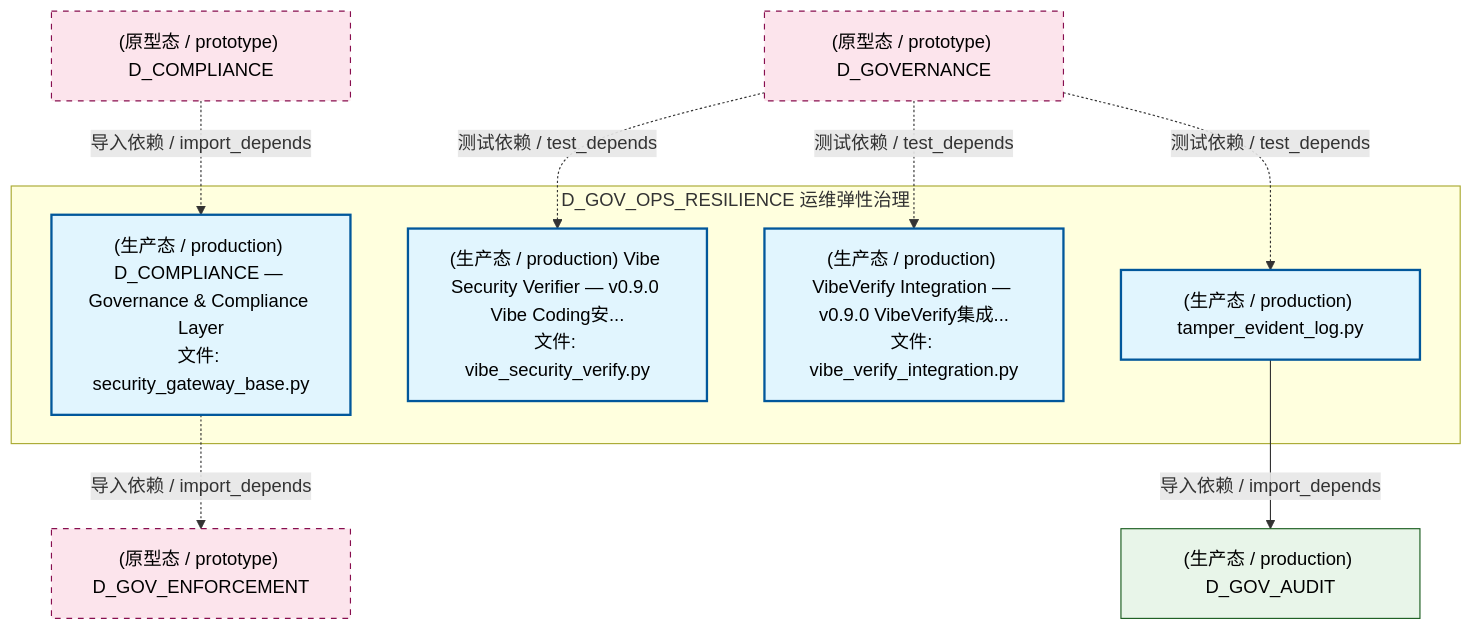
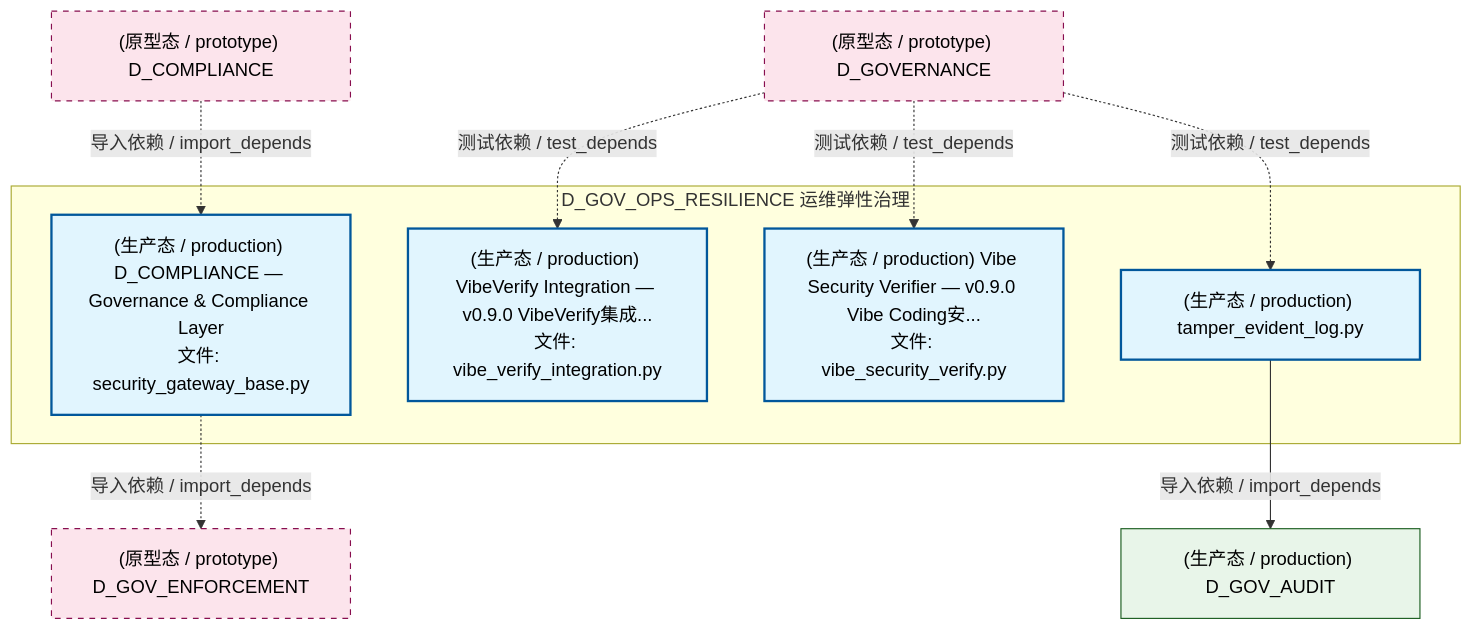
One commit to xuanFelixVan/ZephyrAlpha changed the fourth of 7 diagrams in docs/02_enterprise_architecture/02_domain_architecture_docs/17_d_gov_ops_resilience.md. Above: the diagram before and after it, drawn with Mermaid. The commit also changed other lines of this file and 126 other files, not shown here.

````diff
--- a/docs/02_enterprise_architecture/02_domain_architecture_docs/17_d_gov_ops_resilience.md
+++ b/docs/02_enterprise_architecture/02_domain_architecture_docs/17_d_gov_ops_resilience.md
@@ -434,26 +433,26 @@
 ```mermaid
 graph TD
     subgraph D_GOV_OPS_RESILIENCE["D_GOV_OPS_RESILIENCE 运维弹性治理"]
         src_zephyr_governance_security_governance_security_gateway_base_py["(生产态 / production) D_COMPLIANCE — Governance & Compliance Layer<br/>文件: security_gateway_base.py"]
         src_zephyr_governance_security_governance_tamper_evident_log_py["(生产态 / production) tamper_evident_log.py"]
         src_zephyr_governance_security_governance_vibe_security_verify_py["(生产态 / production) Vibe Security Verifier — v0.9.0 Vibe Coding安...<br/>文件: vibe_security_verify.py"]
         src_zephyr_governance_security_governance_vibe_verify_integration_py["(生产态 / production) VibeVerify Integration — v0.9.0 VibeVerify集成...<br/>文件: vibe_verify_integration.py"]
     end
     D_GOV_AUDIT["(生产态 / production) D_GOV_AUDIT"]
     src_zephyr_governance_security_governance_tamper_evident_log_py -->|导入依赖 / import_depends| D_GOV_AUDIT
     D_GOV_ENFORCEMENT["(原型态 / prototype) D_GOV_ENFORCEMENT"]
     src_zephyr_governance_security_governance_security_gateway_base_py -.->|导入依赖 / import_depends| D_GOV_ENFORCEMENT
     D_GOVERNANCE["(原型态 / prototype) D_GOVERNANCE"]
+    D_GOVERNANCE -.->|测试依赖 / test_depends| src_zephyr_governance_security_governance_vibe_verify_integration_py
     D_GOVERNANCE -.->|测试依赖 / test_depends| src_zephyr_governance_security_governance_vibe_security_verify_py
-    D_GOVERNANCE -.->|测试依赖 / test_depends| src_zephyr_governance_security_governance_vibe_verify_integration_py
     D_GOVERNANCE -.->|测试依赖 / test_depends| src_zephyr_governance_security_governance_tamper_evident_log_py
     D_COMPLIANCE["(原型态 / prototype) D_COMPLIANCE"]
     D_COMPLIANCE -.->|导入依赖 / import_depends| src_zephyr_governance_security_governance_security_gateway_base_py
     classDef production fill:#e1f5fe,stroke:#01579b,stroke-width:2px,color:#000
     classDef design fill:#fff3e0,stroke:#e65100,stroke-width:2px,color:#000,stroke-dasharray: 5 5
     classDef external_prod fill:#e8f5e9,stroke:#1b5e20,stroke-width:1px,color:#000
     classDef external_design fill:#fce4ec,stroke:#880e4f,stroke-width:1px,color:#000,stroke-dasharray: 5 5
     class src_zephyr_governance_security_governance_security_gateway_base_py,src_zephyr_governance_security_governance_tamper_evident_log_py,src_zephyr_governance_security_governance_vibe_security_verify_py,src_zephyr_governance_security_governance_vibe_verify_integration_py production
     class D_GOV_AUDIT external_prod
     class D_GOV_ENFORCEMENT,D_GOVERNANCE,D_COMPLIANCE external_design
 ```
````
